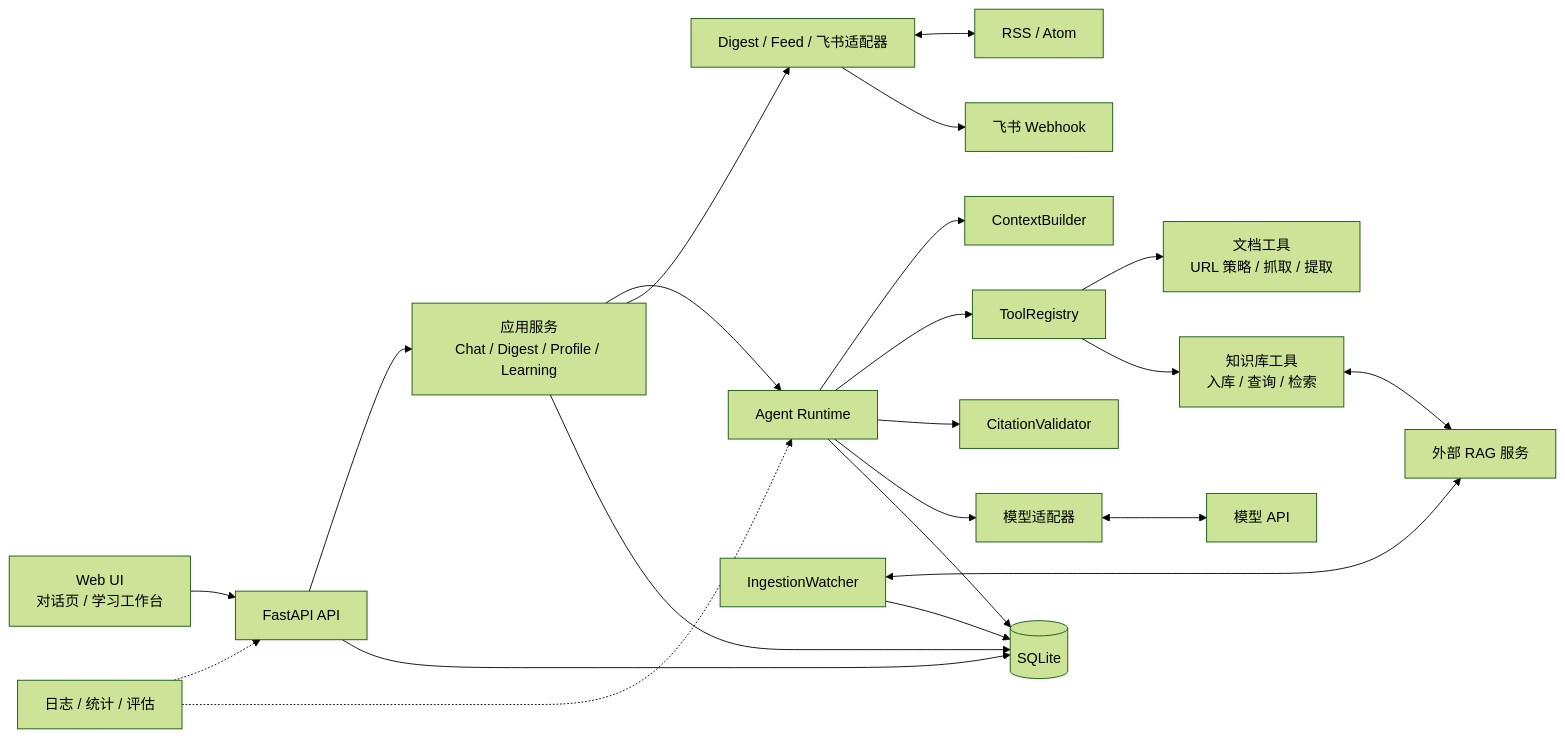
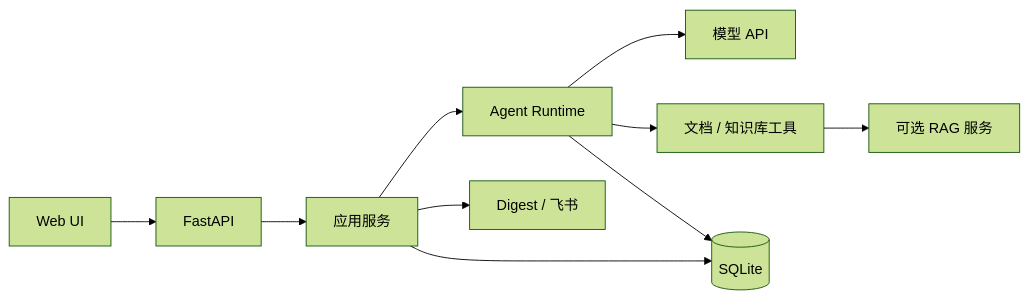
Before and after one commit to Rena-xie/ai_learning_agent: the diagram in docs/architecture.md, drawn with Mermaid (forest theme). The commit also changed other lines of this file, not shown here.

````diff
--- a/docs/architecture.md
+++ b/docs/architecture.md
@@ -104,24 +56,12 @@
 ```mermaid
 flowchart LR
-    UI["Web UI<br/>对话页 / 学习工作台"] --> API["FastAPI API"]
-    API --> APP["应用服务<br/>Chat / Digest / Profile / Learning"]
-    APP --> RT["Agent Runtime"]
-    RT --> CTX["ContextBuilder"]
-    RT --> TOOLS["ToolRegistry"]
-    RT --> CITE["CitationValidator"]
-    RT --> MODEL["模型适配器"]
-    MODEL <--> LLM["模型 API"]
-    TOOLS --> DOC["文档工具<br/>URL 策略 / 抓取 / 提取"]
-    TOOLS --> KB["知识库工具<br/>入库 / 查询 / 检索"]
-    KB <--> RAG["外部 RAG 服务"]
-    APP --> DIGEST["Digest / Feed / 飞书适配器"]
-    DIGEST <--> FEED["RSS / Atom"]
-    DIGEST --> FEISHU["飞书 Webhook"]
-    WATCH["IngestionWatcher"] <--> RAG
-    API --> DB[("SQLite")]
-    APP --> DB
-    RT --> DB
-    WATCH --> DB
-    OBS["日志 / 统计 / 评估"] -.-> API
-    OBS -.-> RT
+    UI["Web UI"] --> API["FastAPI"]
+    API --> APP["应用服务"]
+    APP --> AGENT["Agent Runtime"]
+    AGENT --> MODEL["模型 API"]
+    AGENT --> TOOLS["文档 / 知识库工具"]
+    TOOLS --> RAG["可选 RAG 服务"]
+    APP --> DIGEST["Digest / 飞书"]
+    APP --> DB[("SQLite")]
+    AGENT --> DB
 ```
````
